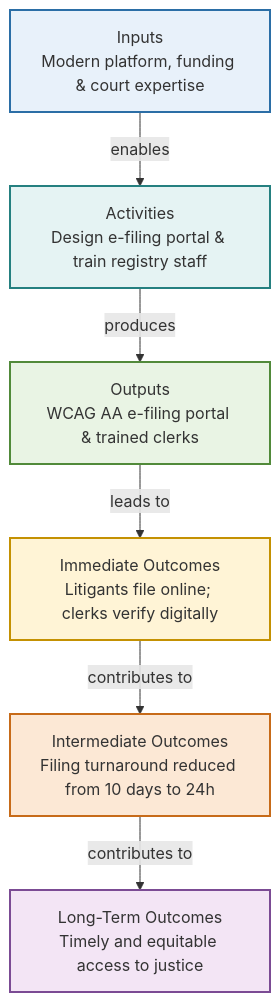
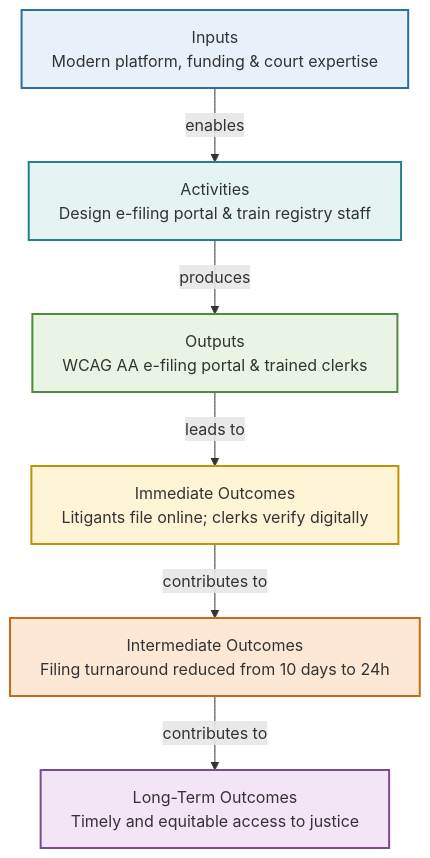
One commit to bcgov/strategic-planning-workbench changed the third of 3 diagrams in plugins/strategic-planning/.apm/skills/designing-logic-models/references/worked-examples.md. Above: the diagram before and after it, drawn with Mermaid. The commit also changed other lines of this file and 3 other files, not shown here.

Commit message:
fix(mermaid): expand node box widths using wrappingWidth and minNodeWidth directives

````diff
--- a/plugins/strategic-planning/.apm/skills/designing-logic-models/references/worked-examples.md
+++ b/plugins/strategic-planning/.apm/skills/designing-logic-models/references/worked-examples.md
@@ -135,22 +137,23 @@
 ```mermaid
+%%{init: {"flowchart": {"wrappingWidth": 420, "minNodeWidth": 320}} }%%
 flowchart TD
     IN1["Inputs<br/>Modern platform, funding & court expertise"]
     AC1["Activities<br/>Design e-filing portal & train registry staff"]
     OP1["Outputs<br/>WCAG AA e-filing portal & trained clerks"]
     IM1["Immediate Outcomes<br/>Litigants file online; clerks verify digitally"]
     IT1["Intermediate Outcomes<br/>Filing turnaround reduced from 10 days to 24h"]
     LT1["Long-Term Outcomes<br/>Timely and equitable access to justice"]
 
     IN1 -->|"enables"| AC1
     AC1 -->|"produces"| OP1
     OP1 -->|"leads to"| IM1
     IM1 -->|"contributes to"| IT1
     IT1 -->|"contributes to"| LT1
 
     style IN1 fill:#E8F1FA,stroke:#2B6EA6,stroke-width:2px
     style AC1 fill:#E5F3F3,stroke:#258080,stroke-width:2px
     style OP1 fill:#E9F4E4,stroke:#518A3A,stroke-width:2px
     style IM1 fill:#FFF4D6,stroke:#C49102,stroke-width:2px
     style IT1 fill:#FCE8D5,stroke:#C76B19,stroke-width:2px
     style LT1 fill:#F3E5F5,stroke:#7B4B94,stroke-width:2px
 ```
````
